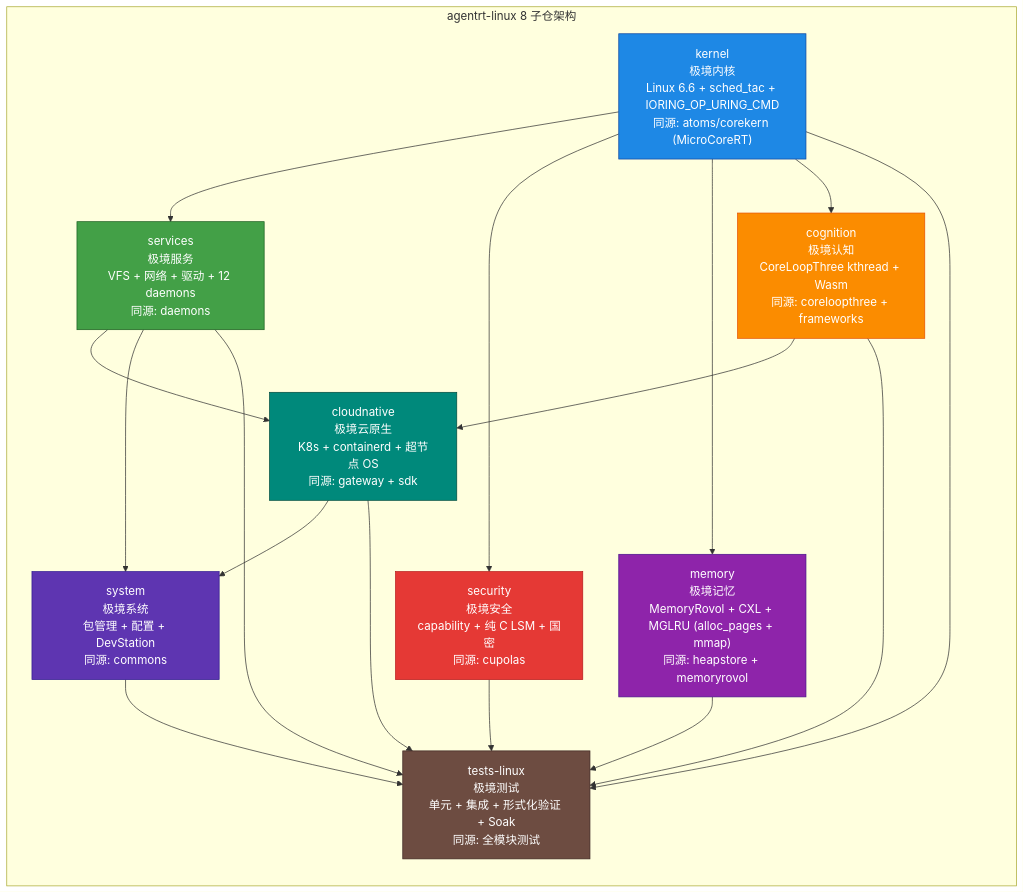
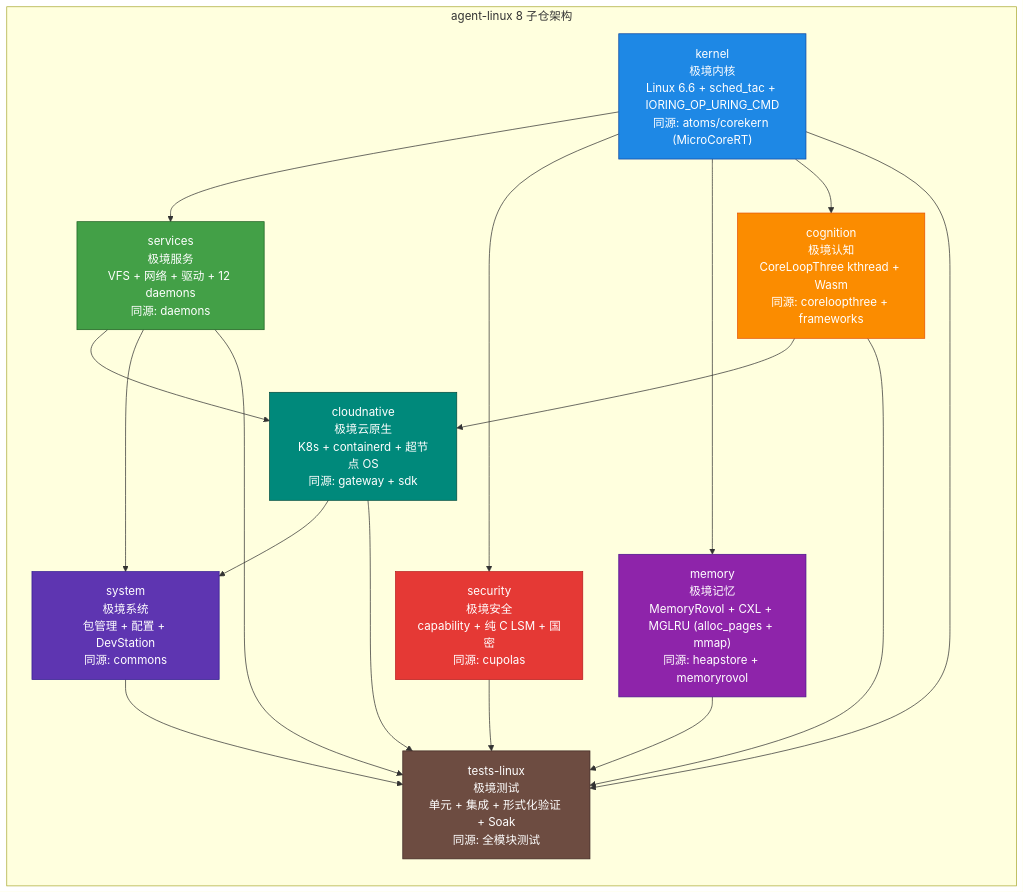
One commit to openairymax/docs-linux changed the diagram in 10-architecture/README.md. Above: the diagram before and after it, drawn with Mermaid. The commit also changed other lines of this file and 172 other files, not shown here.

Commit message:
docs: rename agentrt-linux to agent-linux across docs v0.1.3 双工程结构：agentrt-linux 改名 agent-linux。docs 全仓 186 个 文件中的 agentrt-linux 引用统一为 agent-linux（AirymaxOS 工程名/ URL/路径引用；commit hash 与历史不变）。

````diff
--- a/10-architecture/README.md
+++ b/10-architecture/README.md
@@ -57,49 +57,49 @@
 ```mermaid
 graph TB
-    subgraph "agentrt-linux 8 子仓架构"
+    subgraph "agent-linux 8 子仓架构"
         direction TB
 
         KERNEL["kernel<br/>极境内核<br/>Linux 6.6 + sched_tac + IORING_OP_URING_CMD<br/>同源: atoms/corekern (MicroCoreRT)"]
         SERVICES["services<br/>极境服务<br/>VFS + 网络 + 驱动 + 12 daemons<br/>同源: daemons"]
         SECURITY["security<br/>极境安全<br/>capability + 纯 C LSM + 国密<br/>同源: cupolas"]
         MEMORY["memory<br/>极境记忆<br/>MemoryRovol + CXL + MGLRU (alloc_pages + mmap)<br/>同源: heapstore + memoryrovol"]
         COGNITION["cognition<br/>极境认知<br/>CoreLoopThree kthread + Wasm<br/>同源: coreloopthree + frameworks"]
         CLOUDNATIVE["cloudnative<br/>极境云原生<br/>K8s + containerd + 超节点 OS<br/>同源: gateway + sdk"]
         SYSTEM["system<br/>极境系统<br/>包管理 + 配置 + DevStation<br/>同源: commons"]
         TESTS["tests-linux<br/>极境测试<br/>单元 + 集成 + 形式化验证 + Soak<br/>同源: 全模块测试"]
 
         KERNEL --> SERVICES
         KERNEL --> SECURITY
         KERNEL --> MEMORY
         KERNEL --> COGNITION
         SERVICES --> CLOUDNATIVE
         COGNITION --> CLOUDNATIVE
         SERVICES --> SYSTEM
         CLOUDNATIVE --> SYSTEM
         KERNEL --> TESTS
         SERVICES --> TESTS
         SECURITY --> TESTS
         MEMORY --> TESTS
         COGNITION --> TESTS
         CLOUDNATIVE --> TESTS
         SYSTEM --> TESTS
     end
 
     classDef kernelStyle fill:#1e88e5,stroke:#0d47a1,color:#ffffff
     classDef serviceStyle fill:#43a047,stroke:#1b5e20,color:#ffffff
     classDef securityStyle fill:#e53935,stroke:#b71c1c,color:#ffffff
     classDef memoryStyle fill:#8e24aa,stroke:#4a148c,color:#ffffff
     classDef cognitionStyle fill:#fb8c00,stroke:#e65100,color:#ffffff
     classDef cloudStyle fill:#00897b,stroke:#004d40,color:#ffffff
     classDef systemStyle fill:#5e35b1,stroke:#311b92,color:#ffffff
     classDef testStyle fill:#6d4c41,stroke:#3e2723,color:#ffffff
 
     class KERNEL kernelStyle
     class SERVICES serviceStyle
     class SECURITY securityStyle
     class MEMORY memoryStyle
     class COGNITION cognitionStyle
     class CLOUDNATIVE cloudStyle
     class SYSTEM systemStyle
     class TESTS testStyle
 ```
````
